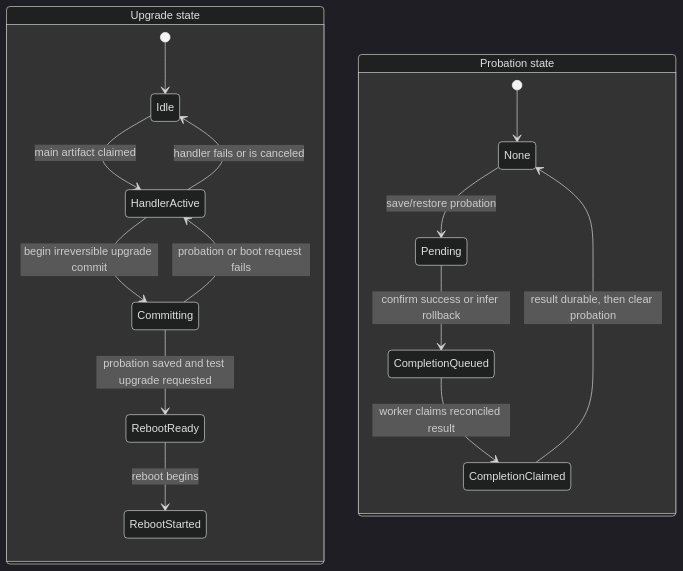
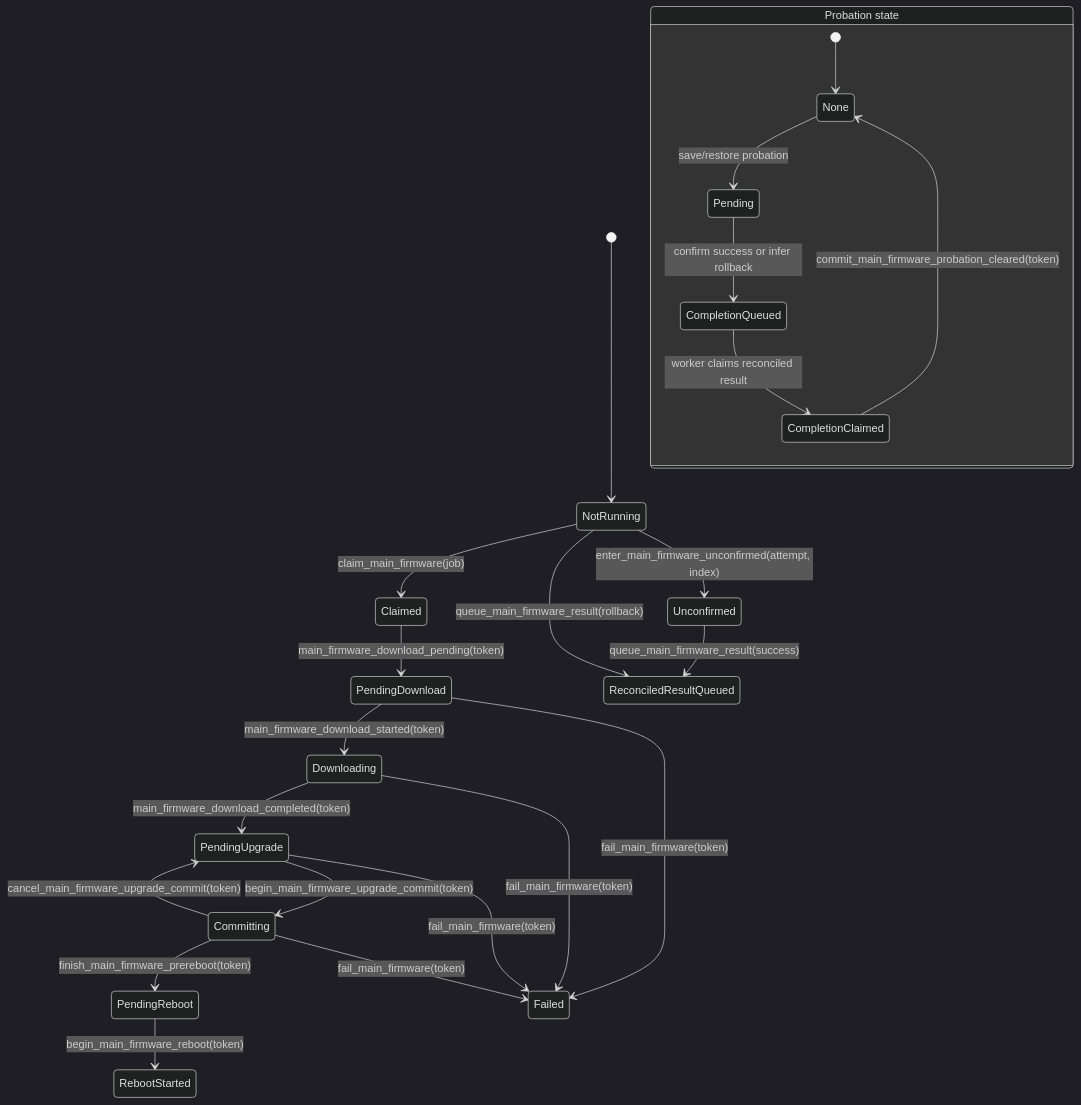
One commit to spotflow-io/device-sdk changed the fourth of 8 diagrams in zephyr/docs/ota-design.md. Above: the diagram before and after it, drawn with Mermaid (dark theme). The commit also changed other lines of this file and 8 other files, not shown here.

Commit message:
Replace generic main-firmware setters with semantic transitions

````diff
--- a/zephyr/docs/ota-design.md
+++ b/zephyr/docs/ota-design.md
@@ -163,20 +167,29 @@
 ```mermaid
 stateDiagram-v2
-    state "Upgrade state" as upgrade {
-        [*] --> Idle
-        Idle --> HandlerActive: main artifact claimed
-        HandlerActive --> Committing: begin irreversible upgrade commit
-        Committing --> HandlerActive: probation or boot request fails
-        Committing --> RebootReady: probation saved and test upgrade requested
-        RebootReady --> RebootStarted: reboot begins
-        HandlerActive --> Idle: handler fails or is canceled
-    }
+    [*] --> NotRunning
+    NotRunning --> Claimed: claim_main_firmware(job)
+    Claimed --> PendingDownload: main_firmware_download_pending(token)
+    PendingDownload --> Downloading: main_firmware_download_started(token)
+    Downloading --> PendingUpgrade: main_firmware_download_completed(token)
+    PendingUpgrade --> Committing: begin_main_firmware_upgrade_commit(token)
+    Committing --> PendingUpgrade: cancel_main_firmware_upgrade_commit(token)
+    Committing --> PendingReboot: finish_main_firmware_prereboot(token)
+    PendingReboot --> RebootStarted: begin_main_firmware_reboot(token)
+
+    PendingDownload --> Failed: fail_main_firmware(token)
+    Downloading --> Failed: fail_main_firmware(token)
+    PendingUpgrade --> Failed: fail_main_firmware(token)
+    Committing --> Failed: fail_main_firmware(token)
+
+    NotRunning --> Unconfirmed: enter_main_firmware_unconfirmed(attempt, index)
+    Unconfirmed --> ReconciledResultQueued: queue_main_firmware_result(success)
+    NotRunning --> ReconciledResultQueued: queue_main_firmware_result(rollback)
 
     state "Probation state" as probation {
         [*] --> None
         None --> Pending: save/restore probation
         Pending --> CompletionQueued: confirm success or infer rollback
         CompletionQueued --> CompletionClaimed: worker claims reconciled result
-        CompletionClaimed --> None: result durable, then clear probation
+        CompletionClaimed --> None: commit_main_firmware_probation_cleared(token)
     }
 ```
````
